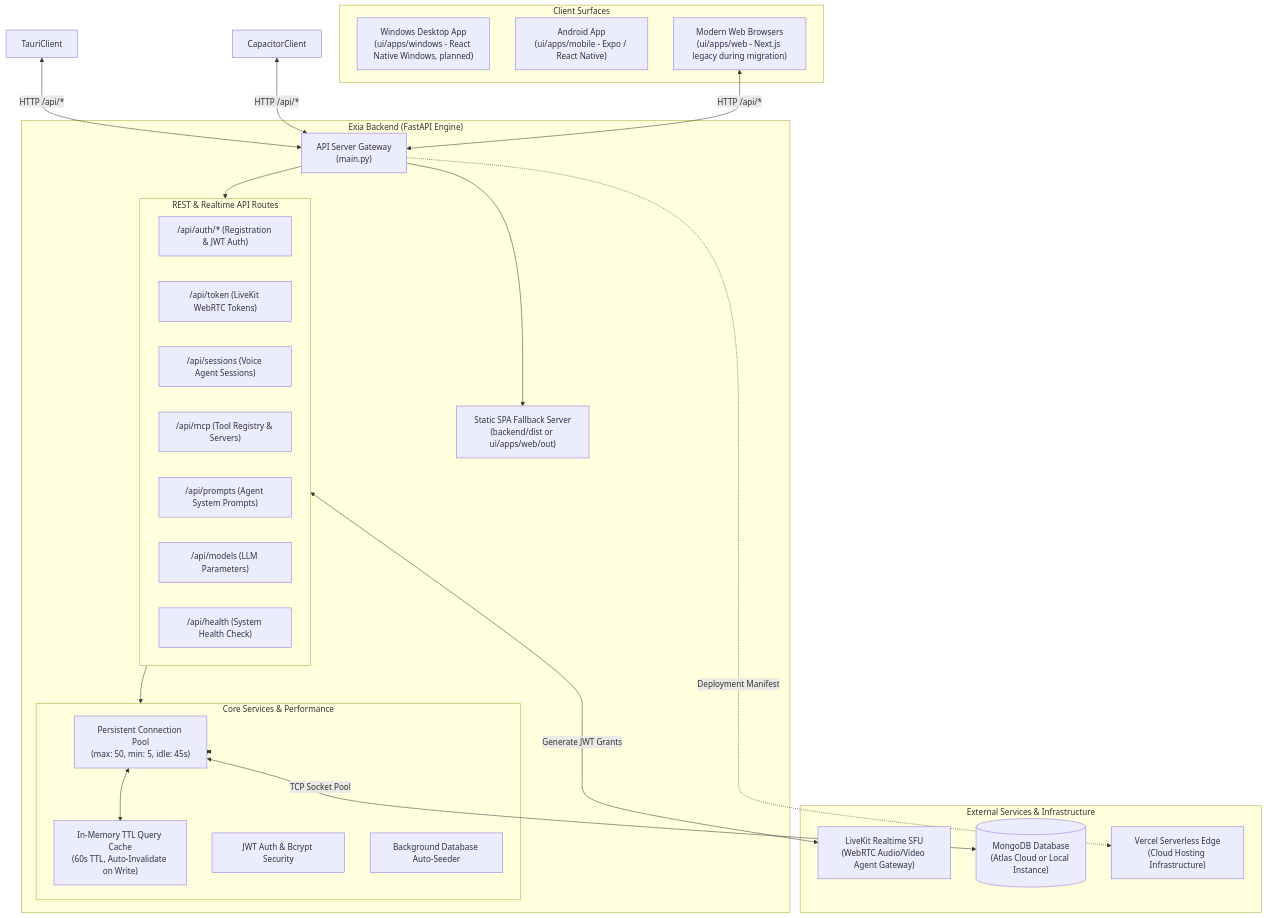
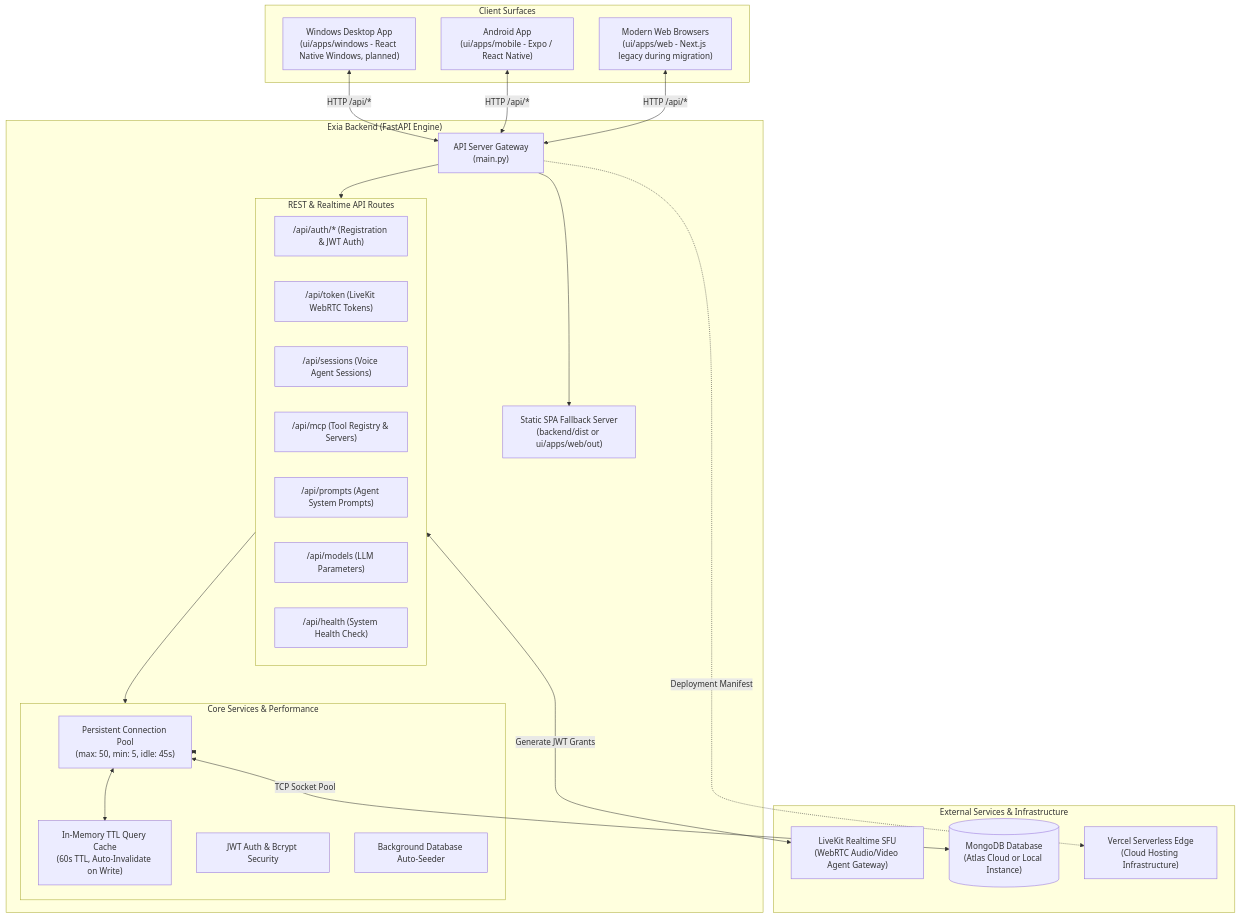
The first of 2 diagrams in backend/README.md (arpanchakraborty23/Exia), drawn with Mermaid before and after one commit. The commit also changed 17 other files, not shown here.

````diff
--- a/backend/README.md
+++ b/backend/README.md
@@ -11,49 +11,49 @@
 ```mermaid
 flowchart TB
     subgraph Clients ["Client Surfaces"]
         WindowsClient["Windows Desktop App<br/>(ui/apps/windows - React Native Windows, planned)"]
         MobileClient["Android App<br/>(ui/apps/mobile - Expo / React Native)"]
         WebBrowser["Modern Web Browsers<br/>(ui/apps/web - Next.js legacy during migration)"]
     end
 
     subgraph BackendCore ["Exia Backend (FastAPI Engine)"]
         Gateway["API Server Gateway<br/>(main.py)"]
         
         subgraph APILayer ["REST & Realtime API Routes"]
             AuthRoute["/api/auth/* (Registration & JWT Auth)"]
             TokenRoute["/api/token (LiveKit WebRTC Tokens)"]
             SessionRoute["/api/sessions (Voice Agent Sessions)"]
             MCPRoute["/api/mcp (Tool Registry & Servers)"]
             PromptRoute["/api/prompts (Agent System Prompts)"]
             ModelRoute["/api/models (LLM Parameters)"]
             HealthRoute["/api/health (System Health Check)"]
         end
 
         subgraph ServiceLayer ["Core Services & Performance"]
             DBPool["Persistent Connection Pool<br/>(max: 50, min: 5, idle: 45s)"]
             QueryCache["In-Memory TTL Query Cache<br/>(60s TTL, Auto-Invalidate on Write)"]
             SecuritySvc["JWT Auth & Bcrypt Security"]
             AutoSeed["Background Database Auto-Seeder"]
         end
 
         StaticServer["Static SPA Fallback Server<br/>(backend/dist or ui/apps/web/out)"]
     end
 
     subgraph ExternalEcosystem ["External Services & Infrastructure"]
         LiveKitSFU["LiveKit Realtime SFU<br/>(WebRTC Audio/Video Agent Gateway)"]
         MongoDBCluster[("MongoDB Database<br/>(Atlas Cloud or Local Instance)")]
         VercelPlatform["Vercel Serverless Edge<br/>(Cloud Hosting Infrastructure)"]
     end
 
-    TauriClient <-->|HTTP /api/*| Gateway
-    CapacitorClient <-->|HTTP /api/*| Gateway
+    WindowsClient <-->|HTTP /api/*| Gateway
+    MobileClient <-->|HTTP /api/*| Gateway
     WebBrowser <-->|HTTP /api/*| Gateway
     Gateway --> APILayer
     Gateway --> StaticServer
     APILayer --> ServiceLayer
     ServiceLayer <--> DBPool
     DBPool <--> QueryCache
     DBPool <-->|TCP Socket Pool| MongoDBCluster
     APILayer <-->|Generate JWT Grants| LiveKitSFU
     Gateway -.->|Deployment Manifest| VercelPlatform
 ```
````
